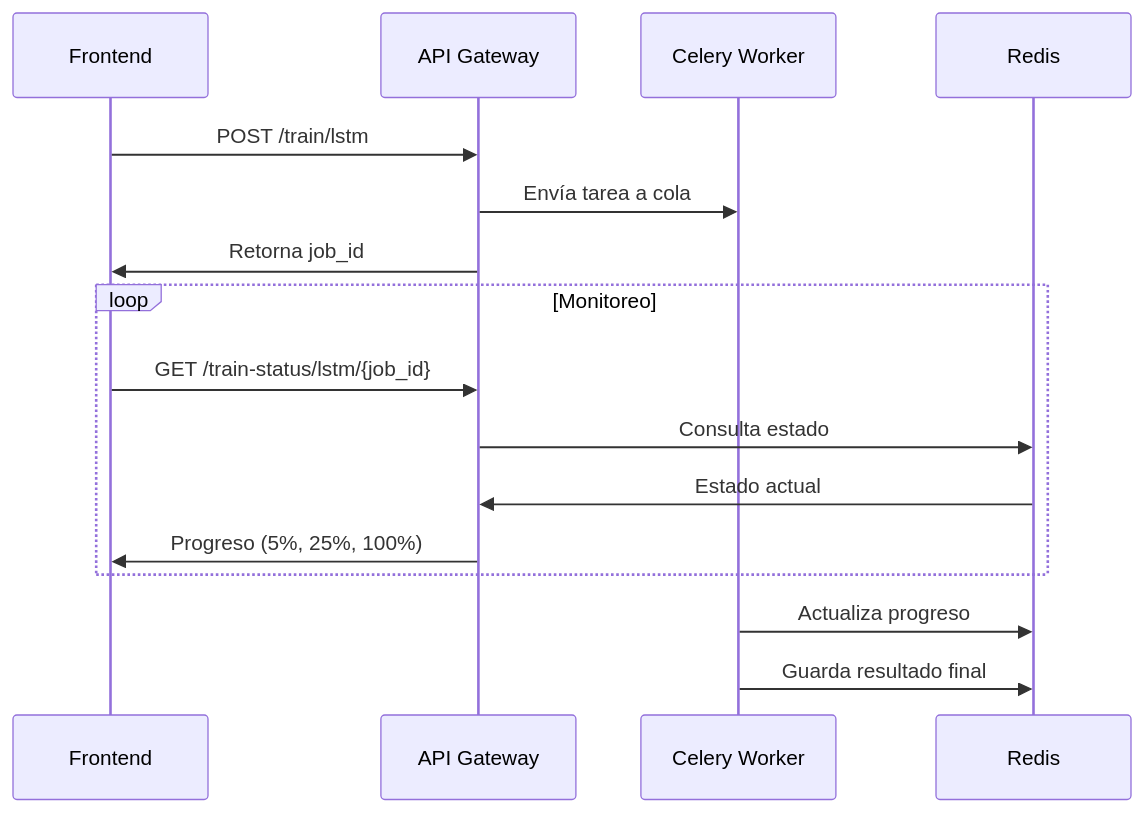
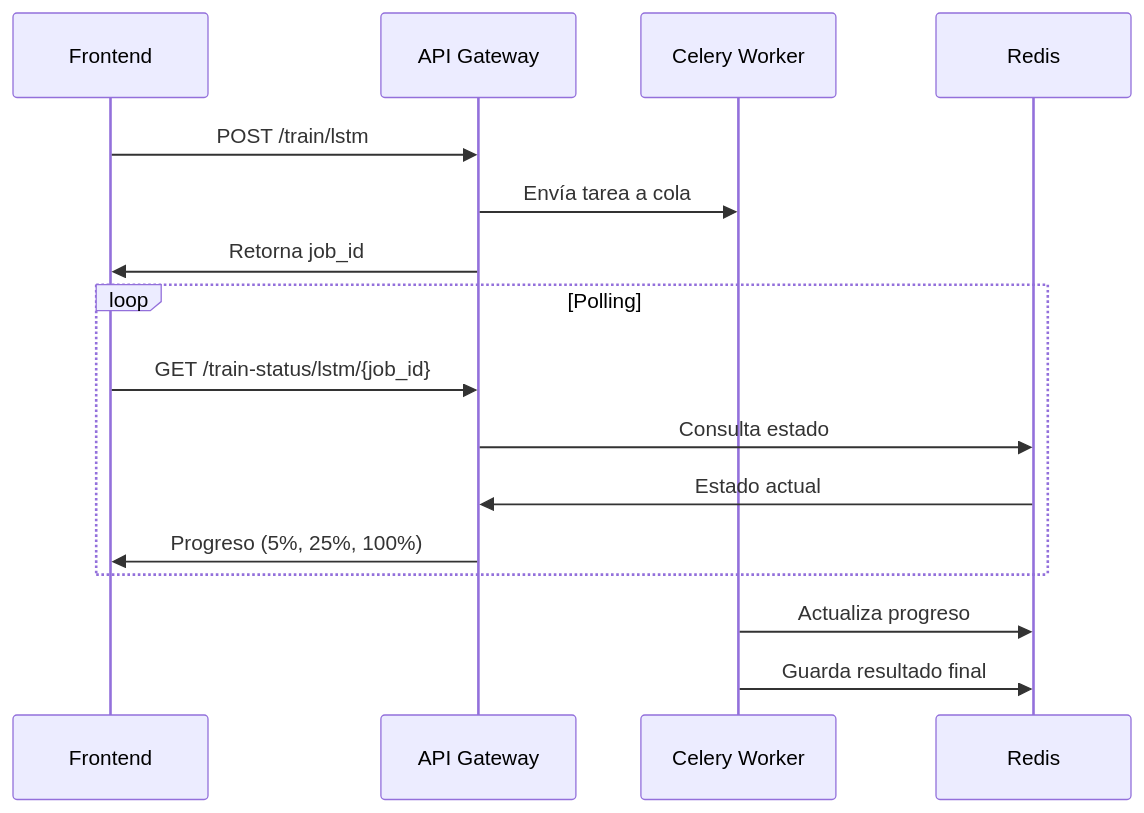
The diagram in README.md (dapuentes/StockTimePredictor), drawn with Mermaid before and after one commit. The commit also changed other lines of this file and 18 other files, not shown here.

````diff
--- a/README.md
+++ b/README.md
@@ -351,21 +324,21 @@
 ```mermaid
 sequenceDiagram
     participant Frontend
     participant API Gateway
     participant Celery Worker
     participant Redis
 
     Frontend->>API Gateway: POST /train/lstm
     API Gateway->>Celery Worker: Envía tarea a cola
     API Gateway->>Frontend: Retorna job_id
     
-    loop Monitoreo
+    loop Polling
         Frontend->>API Gateway: GET /train-status/lstm/{job_id}
         API Gateway->>Redis: Consulta estado
         Redis->>API Gateway: Estado actual
         API Gateway->>Frontend: Progreso (5%, 25%, 100%)
     end
     
     Celery Worker->>Redis: Actualiza progreso
     Celery Worker->>Redis: Guarda resultado final
 ```
````
